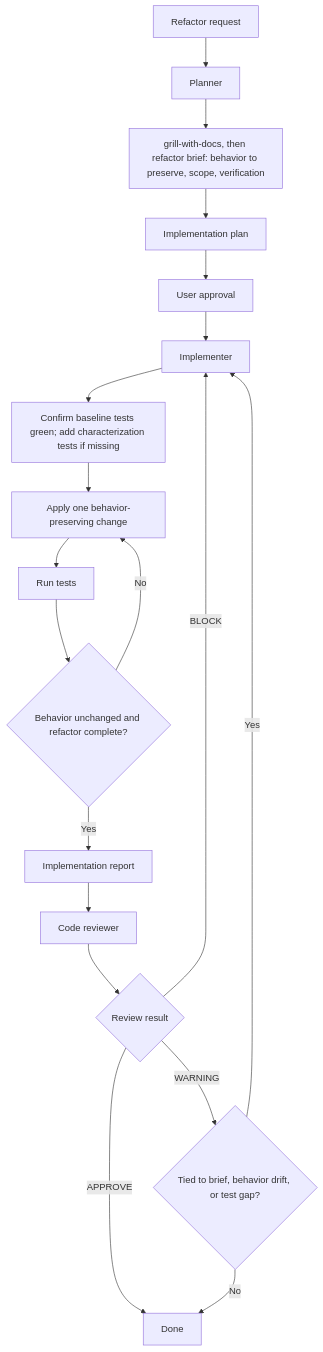
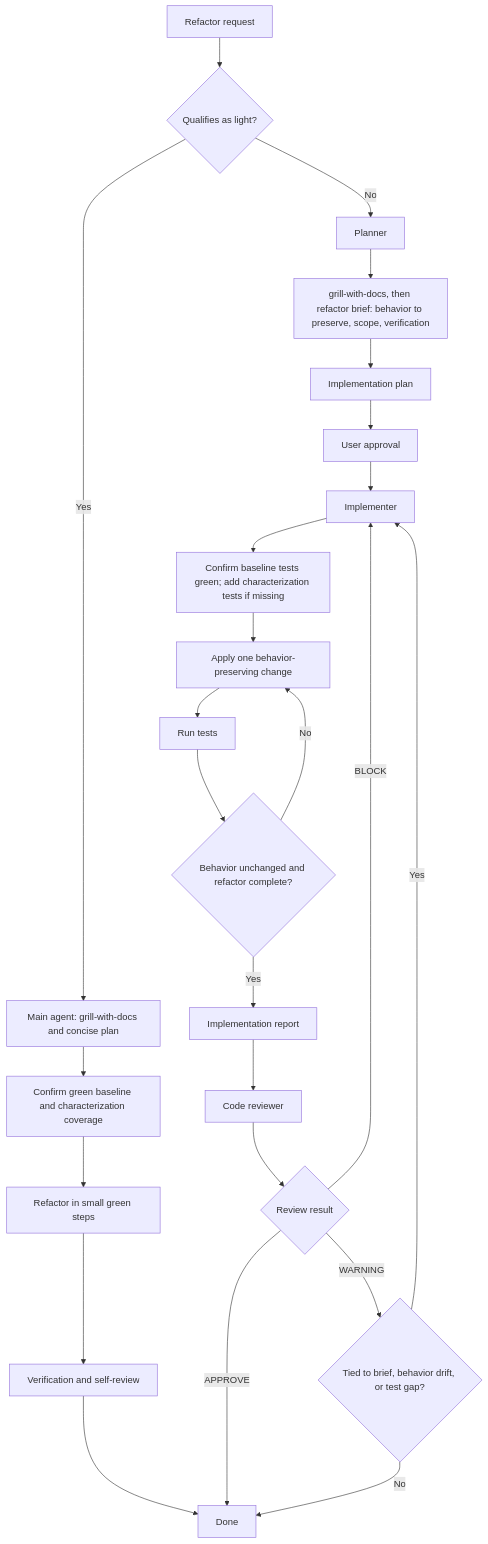
Before and after one commit to aloilor/lean-coding-agent: the third of 4 diagrams in README.md, drawn with Mermaid. The commit also changed other lines of this file and 4 other files, not shown here.

````diff
--- a/README.md
+++ b/README.md
@@ -89,21 +91,27 @@
 ```mermaid
 flowchart TD
-    A[Refactor request] --> B[Planner]
-    B --> C[grill-with-docs, then refactor brief: behavior to preserve, scope, verification]
-    C --> D[Implementation plan]
-    D --> E[User approval]
-    E --> F[Implementer]
+    A[Refactor request] --> B{Qualifies as light?}
+    B -->|Yes| C[Main agent: grill-with-docs and concise plan]
+    C --> D[Confirm green baseline and characterization coverage]
+    D --> E[Refactor in small green steps]
+    E --> N[Verification and self-review]
+    N --> O[Done]
+    B -->|No| P[Planner]
+    P --> Q[grill-with-docs, then refactor brief: behavior to preserve, scope, verification]
+    Q --> R[Implementation plan]
+    R --> S[User approval]
+    S --> F[Implementer]
     F --> G[Confirm baseline tests green; add characterization tests if missing]
     G --> H[Apply one behavior-preserving change]
     H --> I[Run tests]
     I --> J{Behavior unchanged and refactor complete?}
     J -->|No| H
     J -->|Yes| K[Implementation report]
     K --> L[Code reviewer]
     L --> M{Review result}
-    M -->|APPROVE| N[Done]
+    M -->|APPROVE| O
     M -->|BLOCK| F
-    M -->|WARNING| O{Tied to brief, behavior drift, or test gap?}
-    O -->|Yes| F
-    O -->|No| N
+    M -->|WARNING| T{Tied to brief, behavior drift, or test gap?}
+    T -->|Yes| F
+    T -->|No| O
 ```
````
